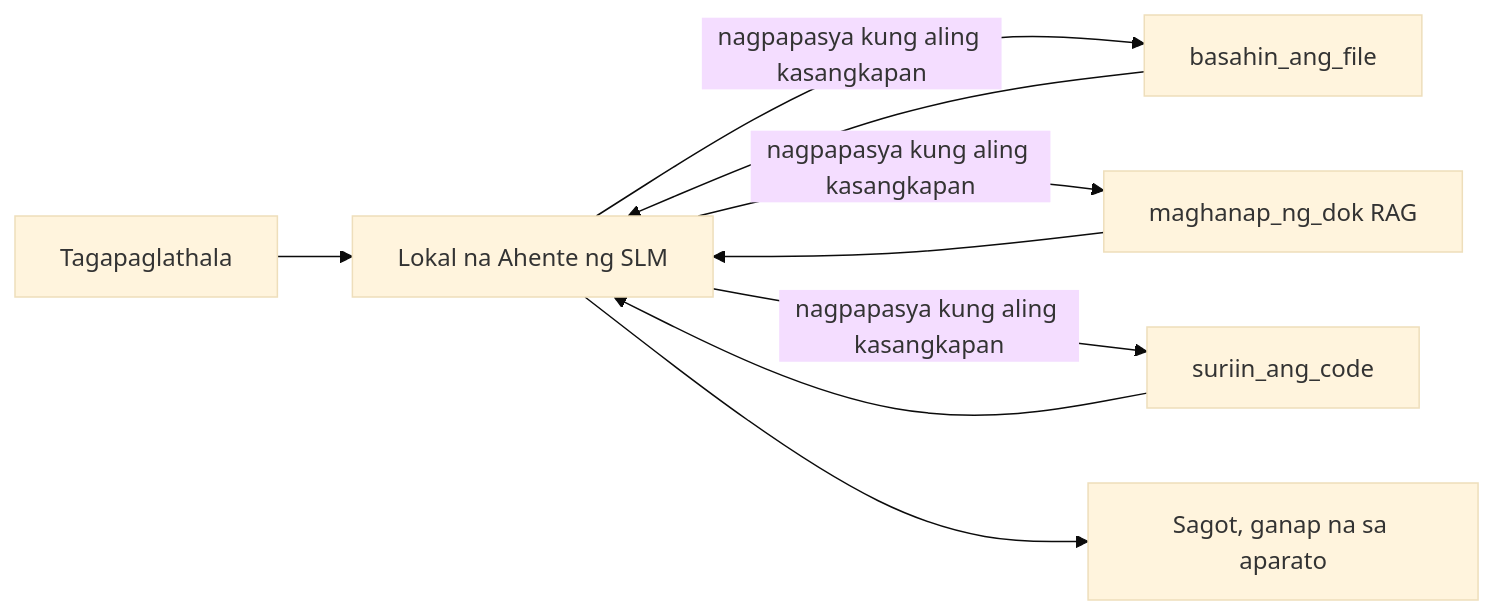
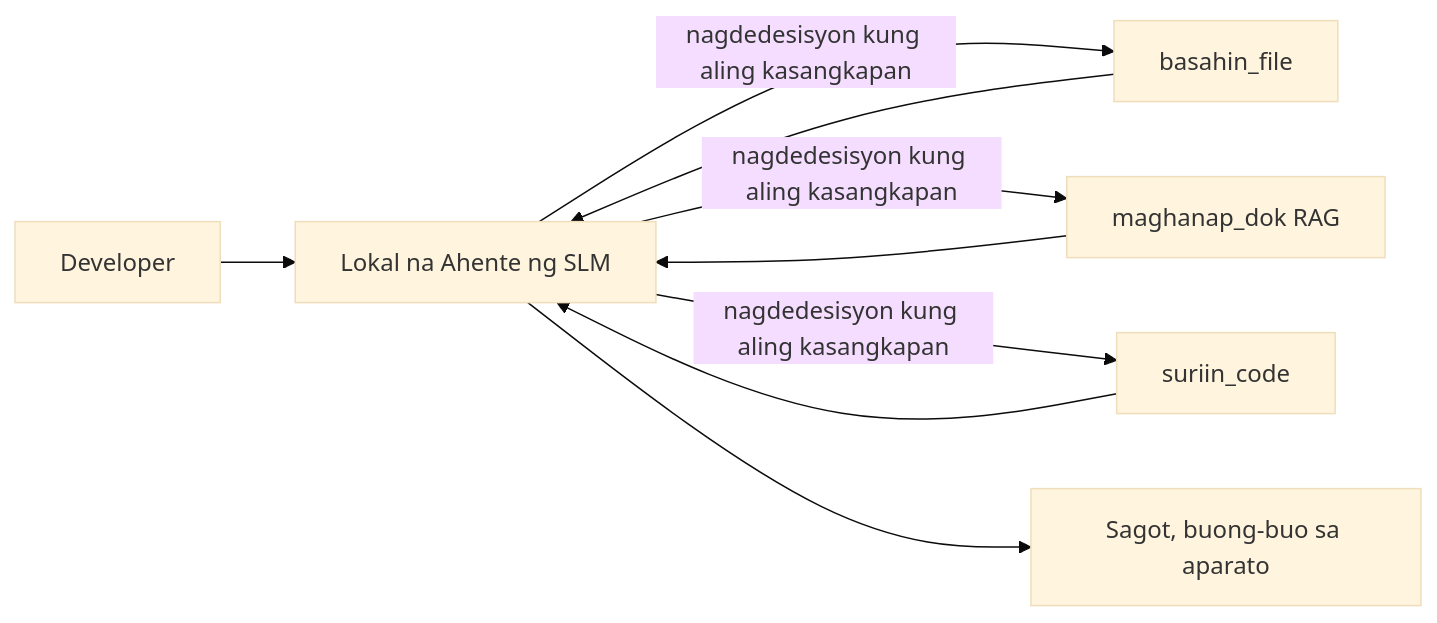
Before and after one commit to gabrielmoreira/agent-skills-mirror: the first of 4 diagrams in mirrors/repos/microsoft@ai-agents-for-beginners/translations/tl/17-creating-local-ai-agents/README.md, drawn with Mermaid (base theme). The commit also changed other lines of this file and 4262 other files, not shown here.

````diff
--- a/mirrors/repos/microsoft@ai-agents-for-beginners/translations/tl/17-creating-local-ai-agents/README.md
+++ b/mirrors/repos/microsoft@ai-agents-for-beginners/translations/tl/17-creating-local-ai-agents/README.md
@@ -66,11 +66,11 @@
 ```mermaid
 flowchart LR
-    U[Tagapaglathala] --> A[Lokal na Ahente ng SLM]
-    A -->|nagpapasya kung aling kasangkapan| T1[basahin_ang_file]
-    A -->|nagpapasya kung aling kasangkapan| T2[maghanap_ng_dok RAG]
-    A -->|nagpapasya kung aling kasangkapan| T3[suriin_ang_code]
+    U[Developer] --> A[Lokal na Ahente ng SLM]
+    A -->|nagdedesisyon kung aling kasangkapan| T1[basahin_file]
+    A -->|nagdedesisyon kung aling kasangkapan| T2[maghanap_dok RAG]
+    A -->|nagdedesisyon kung aling kasangkapan| T3[suriin_code]
     T1 --> A
     T2 --> A
     T3 --> A
-    A --> R[Sagot, ganap na sa aparato]
+    A --> R[Sagot, buong-buo sa aparato]
 ```
````
